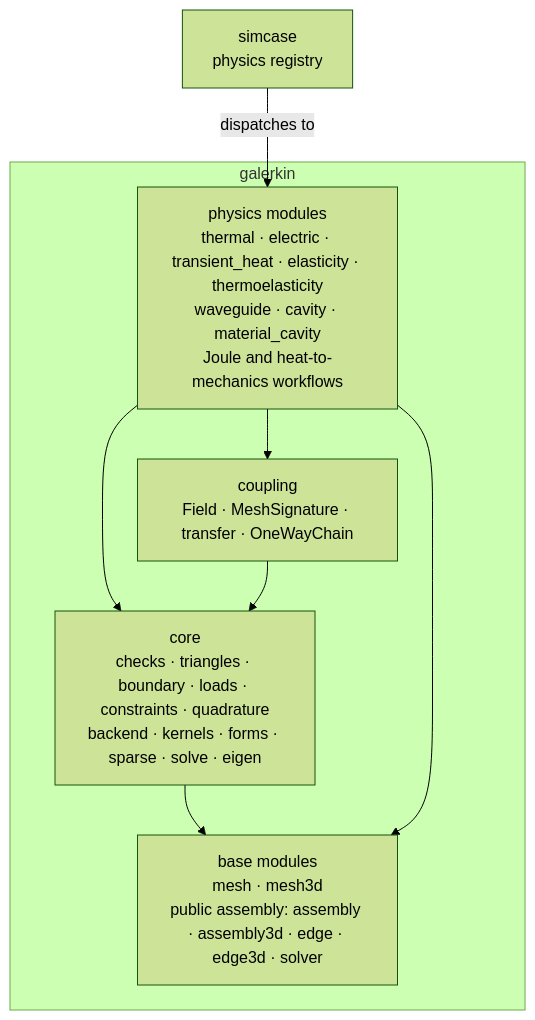
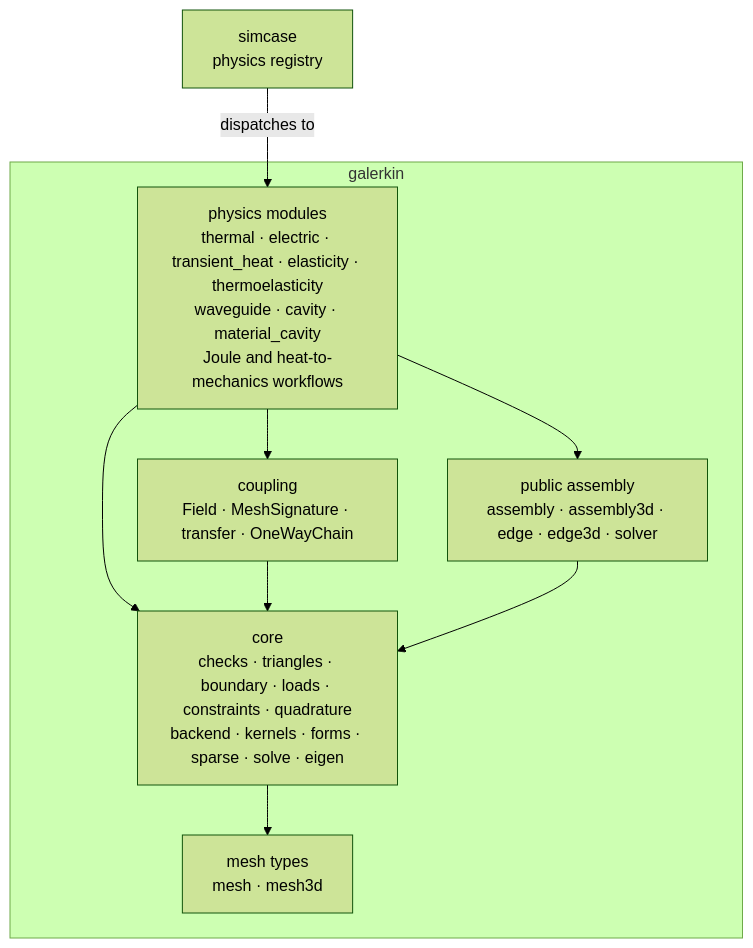
One commit to fieldalgo/openphysics changed the second of 2 diagrams in docs/architecture.md. Above: the diagram before and after it, drawn with Mermaid (forest theme). The commit also changed other lines of this file and 5 other files, not shown here.

First line of the commit message:
galerkin: public assembly modules sit on core; check it

````diff
--- a/docs/architecture.md
+++ b/docs/architecture.md
@@ -106,16 +108,18 @@
 ```mermaid
 flowchart TB
     Sim["simcase<br/>physics registry"]
     subgraph G["galerkin"]
         Phys["physics modules<br/>thermal · electric · transient_heat · elasticity · thermoelasticity<br/>waveguide · cavity · material_cavity<br/>Joule and heat-to-mechanics workflows"]
         Coup["coupling<br/>Field · MeshSignature · transfer · OneWayChain"]
         Core["core<br/>checks · triangles · boundary · loads · constraints · quadrature<br/>backend · kernels · forms · sparse · solve · eigen"]
-        Base["base modules<br/>mesh · mesh3d<br/>public assembly: assembly · assembly3d · edge · edge3d · solver"]
+        Pub["public assembly<br/>assembly · assembly3d · edge · edge3d · solver"]
+        Base["mesh types<br/>mesh · mesh3d"]
     end
     Sim -->|dispatches to| Phys
     Phys --> Coup
     Phys --> Core
+    Phys --> Pub
     Coup --> Core
+    Pub --> Core
     Core --> Base
-    Phys --> Base
 ```
````
